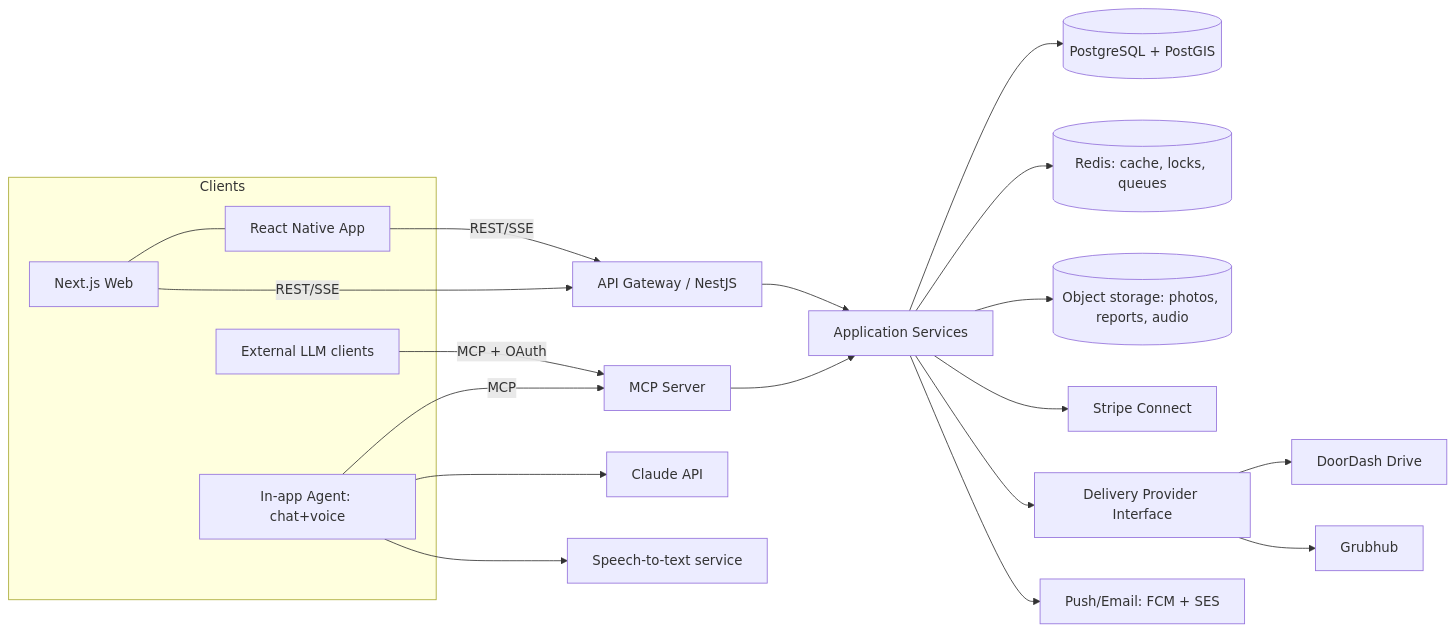
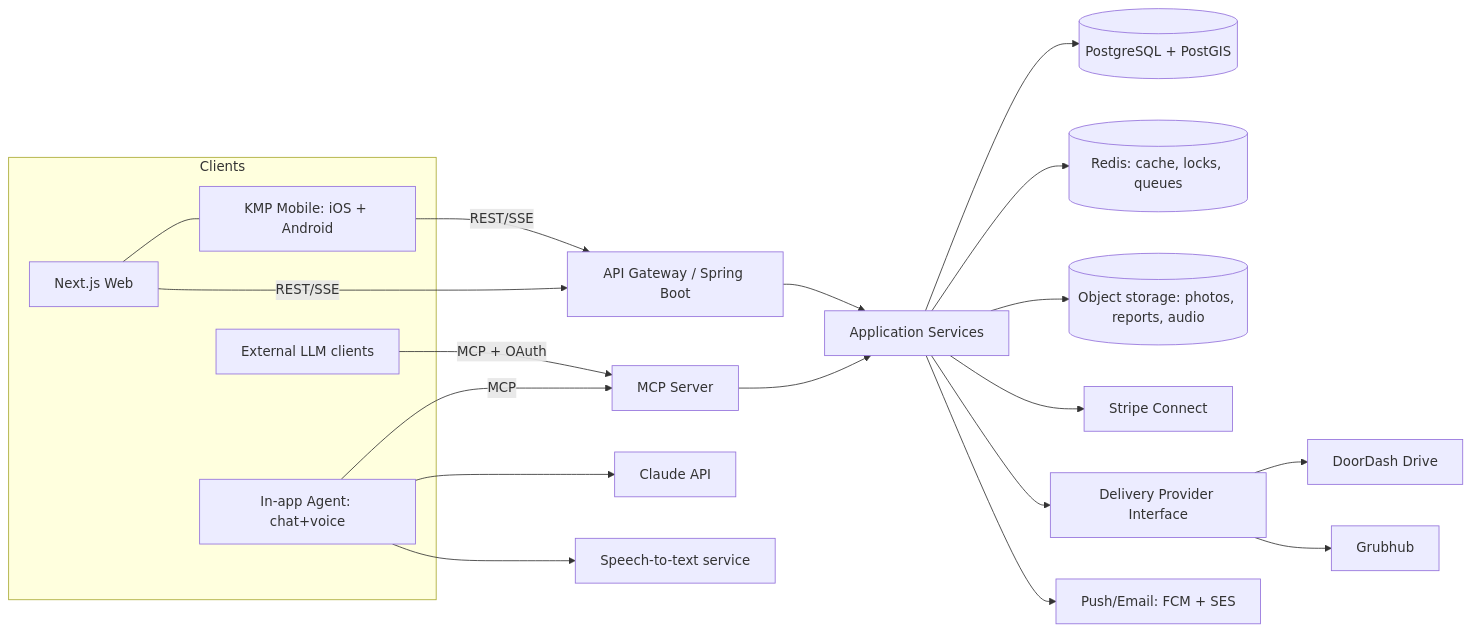
The diagram in docs/architecture.md (ctuka/NasasKitchens), drawn with Mermaid before and after one commit. The commit also changed other lines of this file and 2 other files, not shown here.

First line of the commit message:
Switch mobile plan to Kotlin Multiplatform; record brand identity

````diff
--- a/docs/architecture.md
+++ b/docs/architecture.md
@@ -10,23 +12,23 @@
 ```mermaid
 graph LR
   subgraph Clients
-    W[Next.js Web] --- M[React Native App]
+    W[Next.js Web] --- M[KMP Mobile: iOS + Android]
     AG[In-app Agent: chat+voice] 
     EXT[External LLM clients]
   end
   W -->|REST/SSE| API
   M -->|REST/SSE| API
   AG -->|MCP| MCP[MCP Server]
   EXT -->|MCP + OAuth| MCP
   MCP --> SVC
-  API[API Gateway / NestJS] --> SVC[Application Services]
+  API[API Gateway / Spring Boot] --> SVC[Application Services]
   SVC --> DB[(PostgreSQL + PostGIS)]
   SVC --> RD[(Redis: cache, locks, queues)]
   SVC --> S3[(Object storage: photos, reports, audio)]
   SVC --> STR[Stripe Connect]
   SVC --> DLV[Delivery Provider Interface] --> DD[DoorDash Drive]
   DLV --> GH[Grubhub]
   AG --> LLM[Claude API] 
   AG --> STT[Speech-to-text service]
   SVC --> NTF[Push/Email: FCM + SES]
 ```
````
